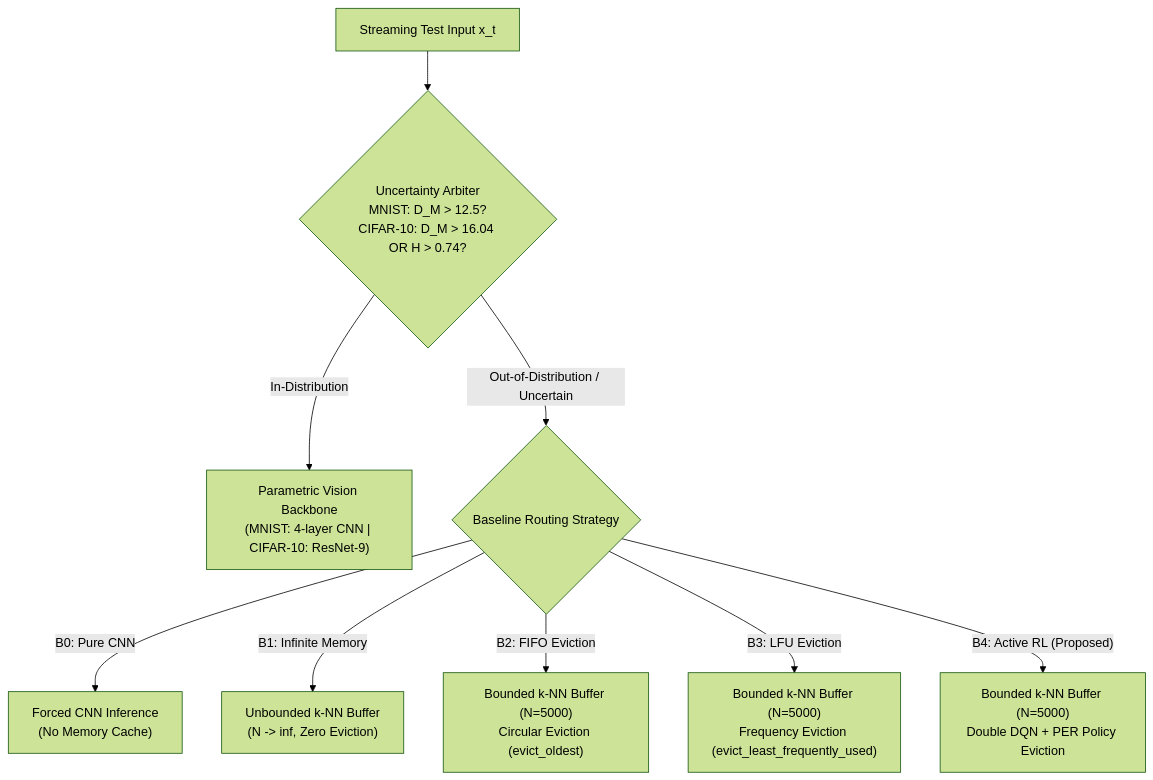
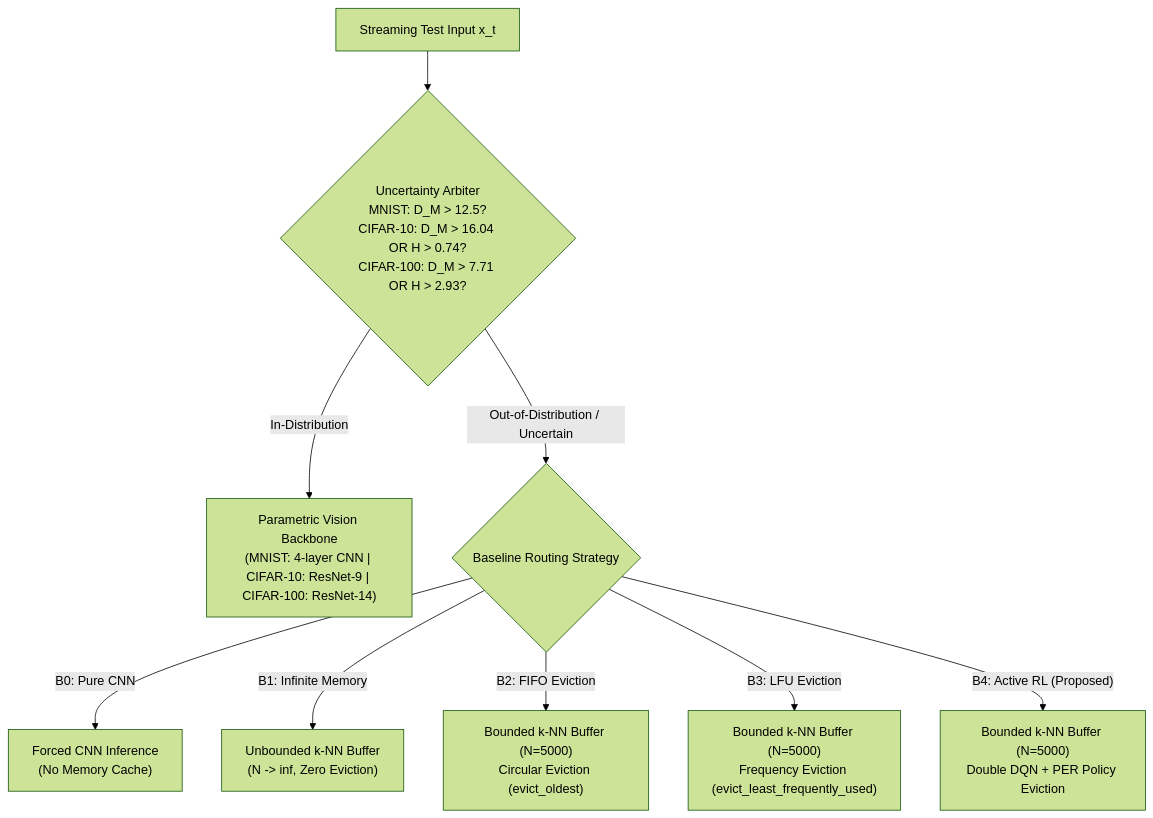
One commit to Santiago-1211173/projeto-cnn changed the diagram in docs/guides/evaluation.md. Above: the diagram before and after it, drawn with Mermaid (forest theme). The commit also changed other lines of this file and 39 other files, not shown here.

````diff
--- a/docs/guides/evaluation.md
+++ b/docs/guides/evaluation.md
@@ -20,14 +20,14 @@
 ```mermaid
 flowchart TD
-    INPUT["Streaming Test Input x_t"] --> OOD{"Uncertainty Arbiter<br>MNIST: D_M > 12.5?<br>CIFAR-10: D_M > 16.04 OR H > 0.74?"}
+    INPUT["Streaming Test Input x_t"] --> OOD{"Uncertainty Arbiter<br>MNIST: D_M > 12.5?<br>CIFAR-10: D_M > 16.04 OR H > 0.74?<br>CIFAR-100: D_M > 7.71 OR H > 2.93?"}
     
-    OOD -- "In-Distribution" --> CNN["Parametric Vision Backbone<br>(MNIST: 4-layer CNN | CIFAR-10: ResNet-9)"]
+    OOD -- "In-Distribution" --> CNN["Parametric Vision Backbone<br>(MNIST: 4-layer CNN | CIFAR-10: ResNet-9 | CIFAR-100: ResNet-14)"]
     
     OOD -- "Out-of-Distribution / Uncertain" --> ROUTE{Baseline Routing Strategy}
     
     ROUTE -->|"B0: Pure CNN"| CNN_FALLBACK["Forced CNN Inference<br>(No Memory Cache)"]
     ROUTE -->|"B1: Infinite Memory"| MEM_INF["Unbounded k-NN Buffer<br>(N -> inf, Zero Eviction)"]
     ROUTE -->|"B2: FIFO Eviction"| MEM_FIFO["Bounded k-NN Buffer (N=5000)<br>Circular Eviction (evict_oldest)"]
     ROUTE -->|"B3: LFU Eviction"| MEM_LFU["Bounded k-NN Buffer (N=5000)<br>Frequency Eviction (evict_least_frequently_used)"]
     ROUTE -->|"B4: Active RL (Proposed)"| MEM_RL["Bounded k-NN Buffer (N=5000)<br>Double DQN + PER Policy Eviction"]
 ```
````
